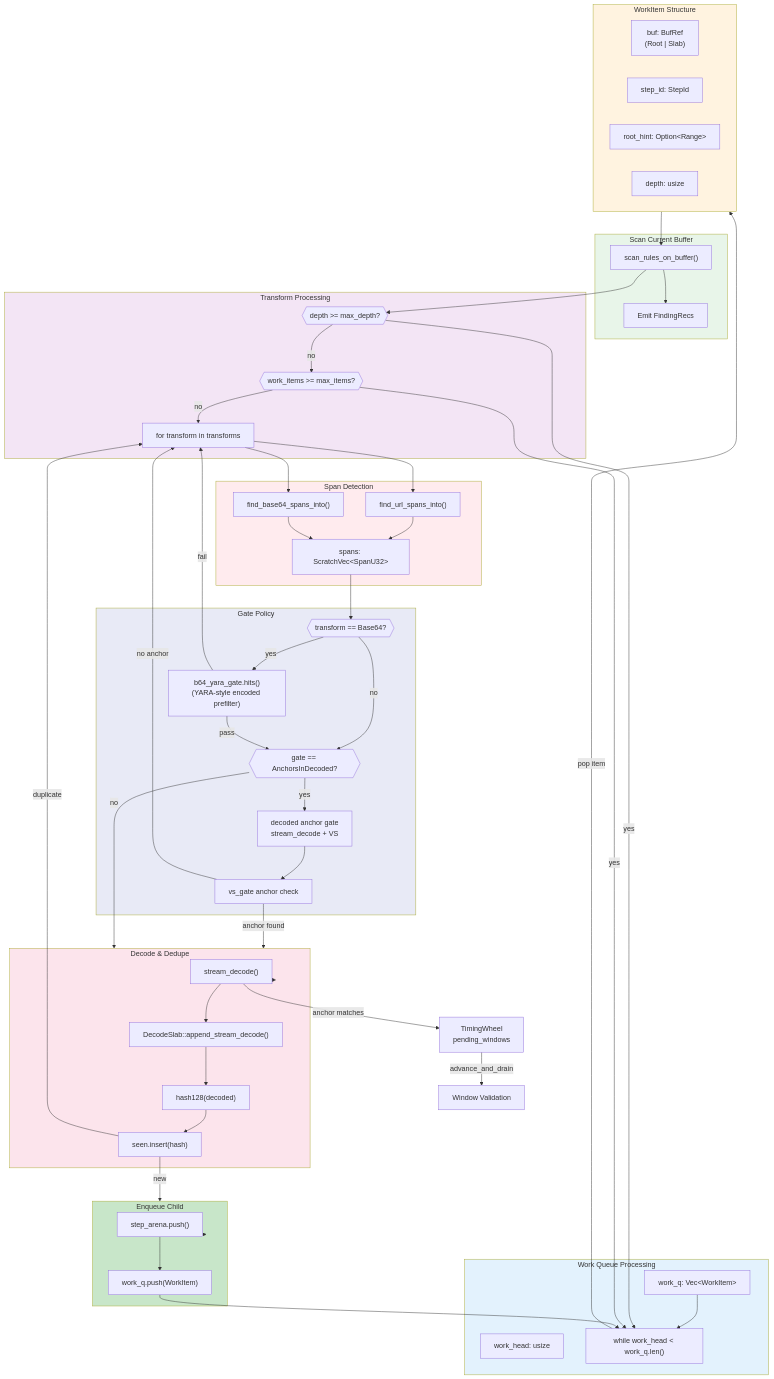
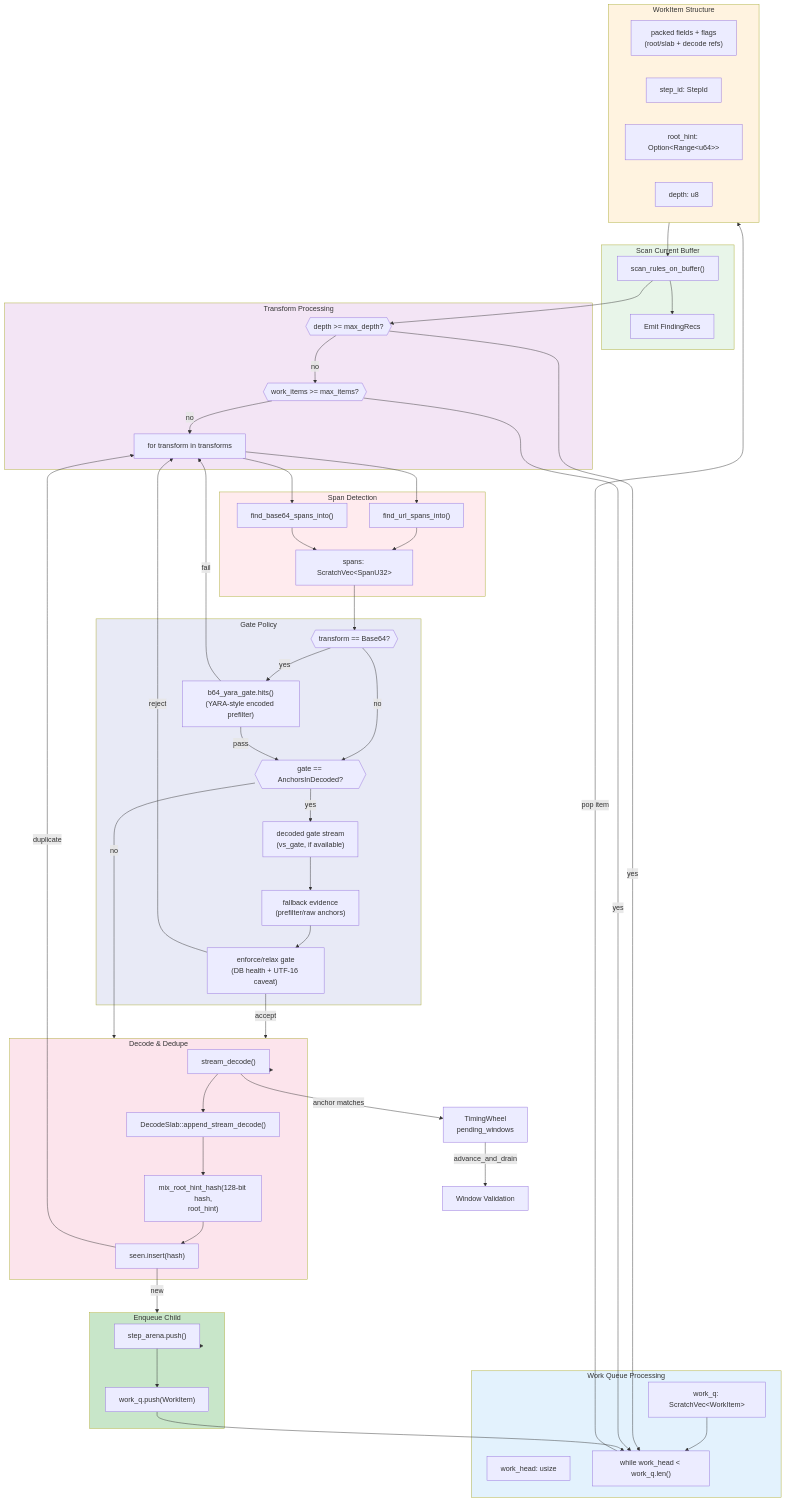
The first of 7 diagrams in docs/transform-chain.md (ahrav/scratch-scanner-rs), drawn with Mermaid before and after one commit. The commit also changed other lines of this file and 6 other files, not shown here.

````diff
--- a/docs/transform-chain.md
+++ b/docs/transform-chain.md
@@ -9,16 +9,16 @@
 ```mermaid
 flowchart TB
     subgraph WorkQueue["Work Queue Processing"]
-        WQ["work_q: Vec&lt;WorkItem&gt;"]
+        WQ["work_q: ScratchVec&lt;WorkItem&gt;"]
         WH["work_head: usize"]
         Loop["while work_head < work_q.len()"]
     end
 
     subgraph WorkItem["WorkItem Structure"]
-        BufRef["buf: BufRef<br/>(Root | Slab)"]
+        Layout["packed fields + flags<br/>(root/slab + decode refs)"]
         StepId["step_id: StepId"]
-        RootHint["root_hint: Option&lt;Range&gt;"]
-        Depth["depth: usize"]
+        RootHint["root_hint: Option&lt;Range&lt;u64&gt;&gt;"]
+        Depth["depth: u8"]
     end
 
     subgraph Scan["Scan Current Buffer"]
@@ -42,14 +42,15 @@
         CheckB64{{"transform == Base64?"}}
         PreGate["b64_yara_gate.hits()<br/>(YARA-style encoded prefilter)"]
         Gate{{"gate == AnchorsInDecoded?"}}
-        StreamGate["decoded anchor gate<br/>stream_decode + VS"]
-        VSMatch["vs_gate anchor check"]
+        StreamGate["decoded gate stream<br/>(vs_gate, if available)"]
+        GateFallback["fallback evidence<br/>(prefilter/raw anchors)"]
+        GateDecision["enforce/relax gate<br/>(DB health + UTF-16 caveat)"]
     end
 
     subgraph Decode["Decode & Dedupe"]
         StreamDecode["stream_decode()"]
         Slab["DecodeSlab::append_stream_decode()"]
-        Hash["hash128(decoded)"]
+        Hash["mix_root_hint_hash(128-bit hash,<br/>root_hint)"]
         Seen["seen.insert(hash)"]
     end
 
@@ -80,9 +81,10 @@
     PreGate --> |"pass"| Gate
     PreGate --> |"fail"| ForTransform
     Gate --> |"yes"| StreamGate
-    StreamGate --> VSMatch
-    VSMatch --> |"no anchor"| ForTransform
-    VSMatch --> |"anchor found"| Decode
+    StreamGate --> GateFallback
+    GateFallback --> GateDecision
+    GateDecision --> |"reject"| ForTransform
+    GateDecision --> |"accept"| Decode
     Gate --> |"no"| Decode
 
     Decode --> StreamDecode
````
